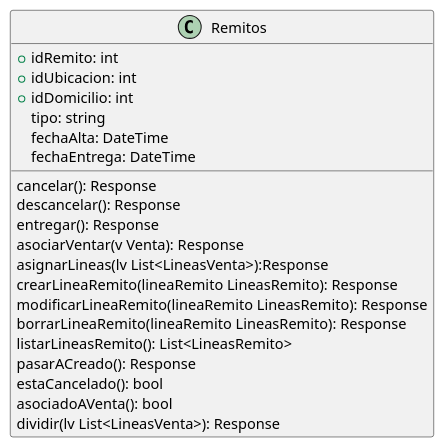
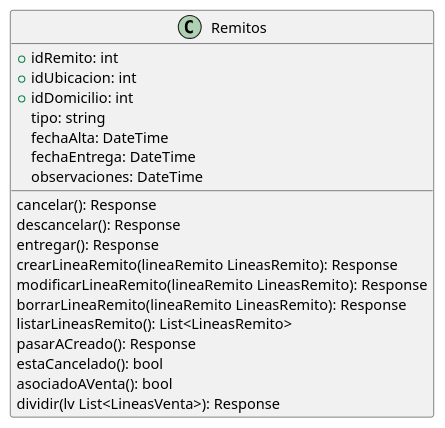
One commit to ZMGestion/DocumentacionZMGestion changed the diagram in DiagramaClases/Clases/Remitos.puml. Above: the diagram before and after it, drawn with PlantUML. The commit also changed 21 other files, not shown here.

Commit message:
Cambios en atributos y metodos diagrama de clases

```diff
--- a/DiagramaClases/Clases/Remitos.puml
+++ b/DiagramaClases/Clases/Remitos.puml
@@ -1,24 +1,23 @@
 @startuml Remitos
 class Remitos{
     +idRemito: int
     +idUbicacion: int
     +idDomicilio: int
     tipo: string
     fechaAlta: DateTime
     fechaEntrega: DateTime
+    observaciones: DateTime
     
     cancelar(): Response
     descancelar(): Response
     entregar(): Response
-    asociarVentar(v Venta): Response
-    asignarLineas(lv List<LineasVenta>):Response
     crearLineaRemito(lineaRemito LineasRemito): Response
     modificarLineaRemito(lineaRemito LineasRemito): Response
     borrarLineaRemito(lineaRemito LineasRemito): Response
     listarLineasRemito(): List<LineasRemito>
     pasarACreado(): Response
     estaCancelado(): bool
     asociadoAVenta(): bool
     dividir(lv List<LineasVenta>): Response
 }
 @enduml
```
